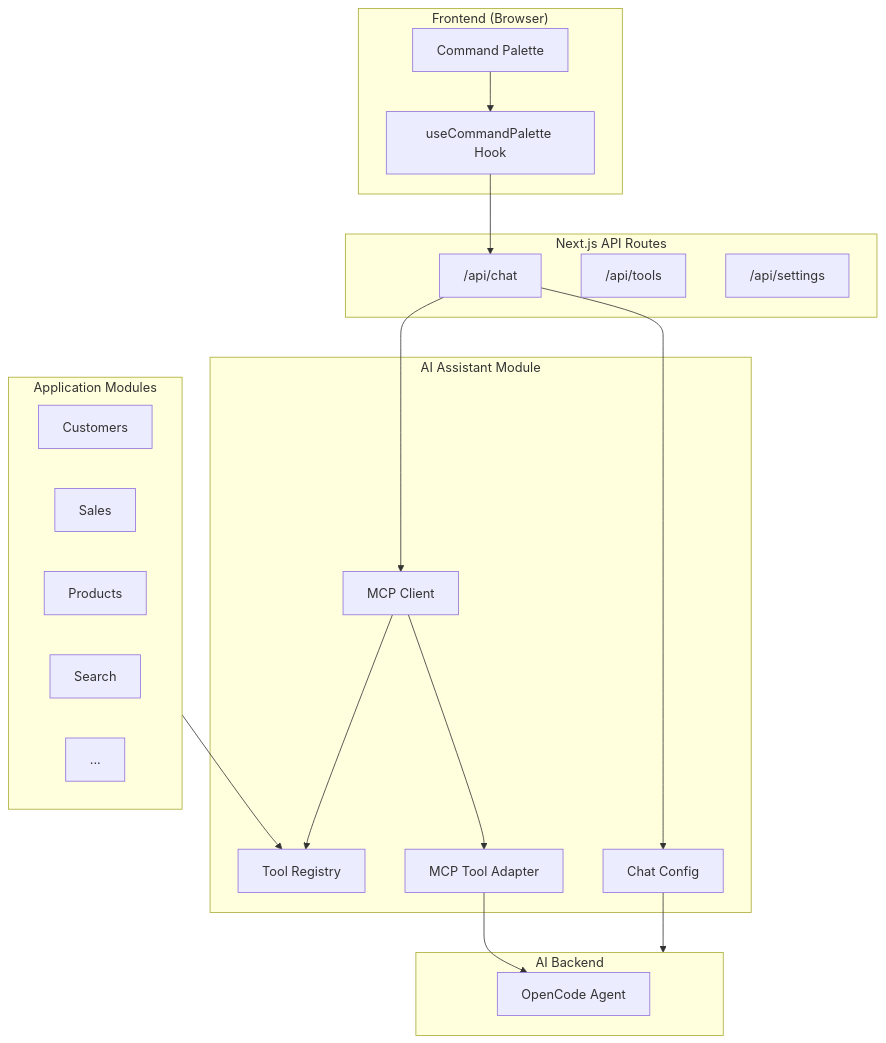
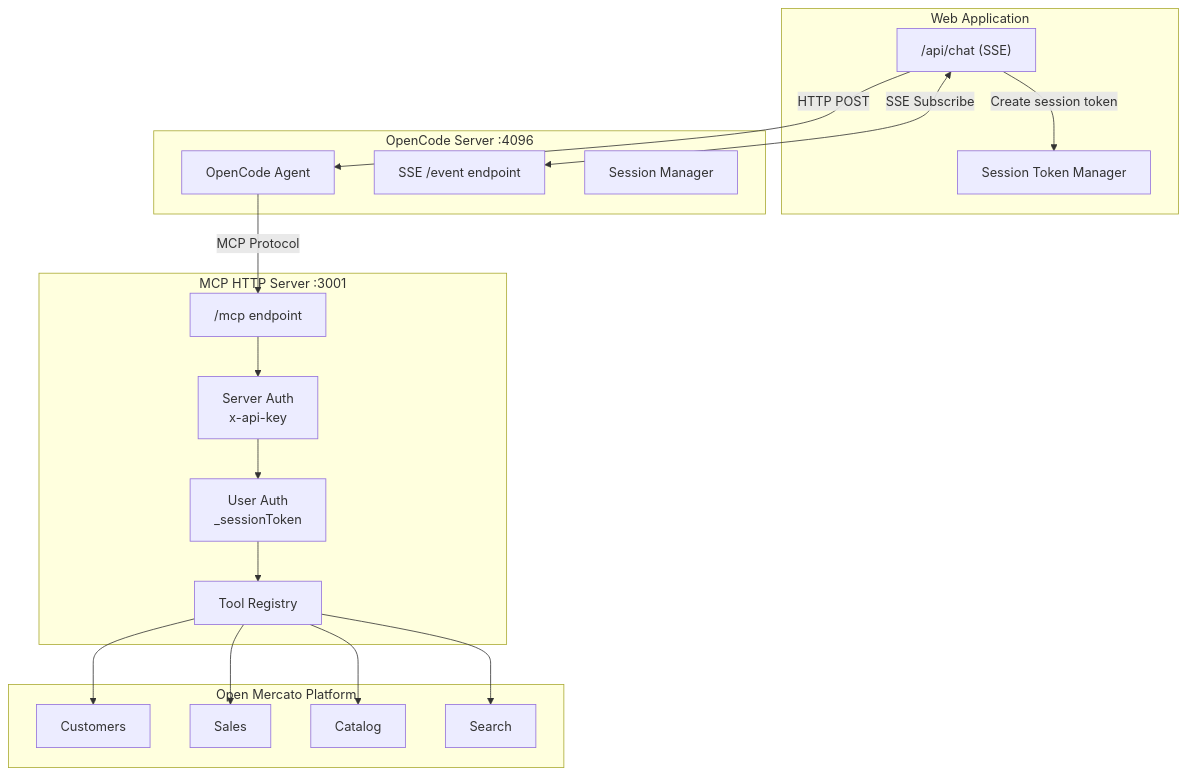
The first of 7 diagrams in packages/ai-assistant/README.md (open-mercato/open-mercato), drawn with Mermaid before and after one commit. The commit also changed other lines of this file, not shown here.

Commit message:
docs(ai-assistant): update README with current architecture and diagrams

````diff
--- a/packages/ai-assistant/README.md
+++ b/packages/ai-assistant/README.md
@@ -16,43 +15,39 @@
 ```mermaid
 graph TB
-    subgraph Frontend["Frontend (Browser)"]
-        CP[Command Palette]
-        Hook[useCommandPalette Hook]
-        CP --> Hook
+    subgraph "Web Application"
+        ChatAPI["/api/chat (SSE)"]
+        SessionMgr[Session Token Manager]
     end
 
-    subgraph API["Next.js API Routes"]
-        ChatAPI["/api/chat"]
-        ToolsAPI["/api/tools"]
-        SettingsAPI["/api/settings"]
+    subgraph "OpenCode Server :4096"
+        OC[OpenCode Agent]
+        SSE[SSE /event endpoint]
+        Sessions[Session Manager]
     end
 
-    subgraph AIAssistant["AI Assistant Module"]
-        MCP[MCP Client]
-        Registry[Tool Registry]
-        Adapter[MCP Tool Adapter]
-        Config[Chat Config]
+    subgraph "MCP HTTP Server :3001"
+        MCPEndpoint["/mcp endpoint"]
+        ServerAuth[Server Auth<br/>x-api-key]
+        UserAuth[User Auth<br/>_sessionToken]
+        Tools[Tool Registry]
     end
 
-    subgraph Providers["AI Backend"]
-        OpenCode[OpenCode Agent]
+    subgraph "Open Mercato Platform"
+        Customers[Customers]
+        Sales[Sales]
+        Catalog[Catalog]
+        Search[Search]
     end
 
-    subgraph Modules["Application Modules"]
-        Customers[Customers]
-        Sales[Sales]
-        Products[Products]
-        Search[Search]
-        Other[...]
-    end
-
-    Hook --> ChatAPI
-    ChatAPI --> MCP
-    ChatAPI --> Config
-    Config --> Providers
-    MCP --> Registry
-    MCP --> Adapter
-    Adapter --> OpenCode
-
-    Modules --> Registry
+    ChatAPI -->|"Create session token"| SessionMgr
+    ChatAPI -->|"HTTP POST"| OC
+    ChatAPI <-->|"SSE Subscribe"| SSE
+    OC -->|"MCP Protocol"| MCPEndpoint
+    MCPEndpoint --> ServerAuth
+    ServerAuth --> UserAuth
+    UserAuth --> Tools
+    Tools --> Customers
+    Tools --> Sales
+    Tools --> Catalog
+    Tools --> Search
 ```
````
